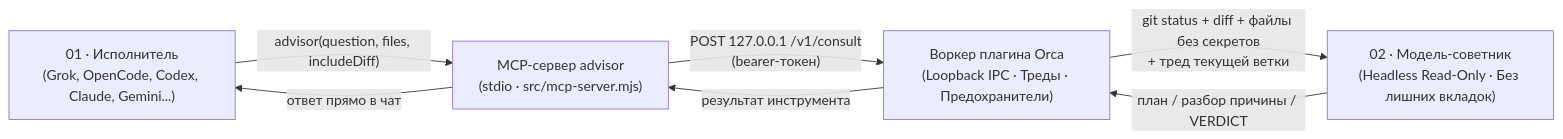
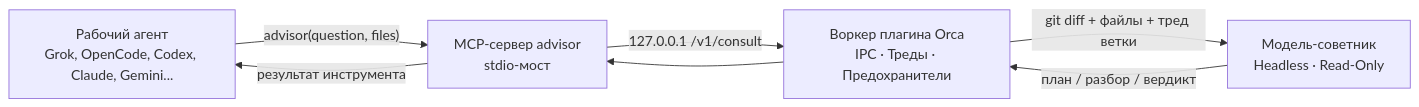
The diagram in README.ru.md (aElDi/orca-agent-advisor), drawn with Mermaid before and after one commit. The commit also changed other lines of this file and 5 other files, not shown here.

````diff
--- a/README.ru.md
+++ b/README.ru.md
@@ -55,14 +42,14 @@
 ```mermaid
 flowchart LR
-    E["01 · Исполнитель<br/>(Grok, OpenCode, Codex, Claude, Gemini...)"]
-    M["MCP-сервер advisor<br/>(stdio · src/mcp-server.mjs)"]
-    W["Воркер плагина Orca<br/>(Loopback IPC · Треды · Предохранители)"]
-    A["02 · Модель-советник<br/>(Headless Read-Only · Без лишних вкладок)"]
+    E["Рабочий агент<br/>Grok, OpenCode, Codex, Claude, Gemini..."]
+    M["MCP-сервер advisor<br/>stdio-мост"]
+    W["Воркер плагина Orca<br/>IPC · Треды · Предохранители"]
+    A["Модель-советник<br/>Headless · Read-Only"]
 
-    E -- "advisor(question, files, includeDiff)" --> M
-    M -- "POST 127.0.0.1 /v1/consult<br/>(bearer-токен)" --> W
-    W -- "git status + diff + файлы без секретов<br/>+ тред текущей ветки" --> A
-    A -- "план / разбор причины / VERDICT" --> W
-    W -- "результат инструмента" --> M
-    M -- "ответ прямо в чат" --> E
+    E -- "advisor(question, files)" --> M
+    M -- "127.0.0.1 /v1/consult" --> W
+    W -- "git diff + файлы + тред ветки" --> A
+    A -- "план / разбор / вердикт" --> W
+    W --> M
+    M -- "результат инструмента" --> E
 ```
````
